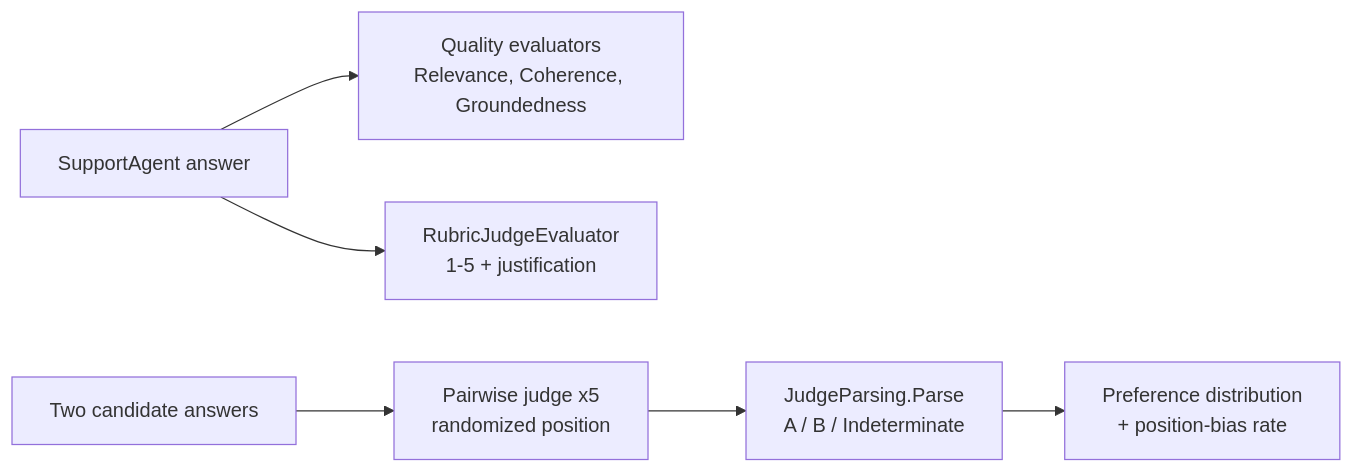
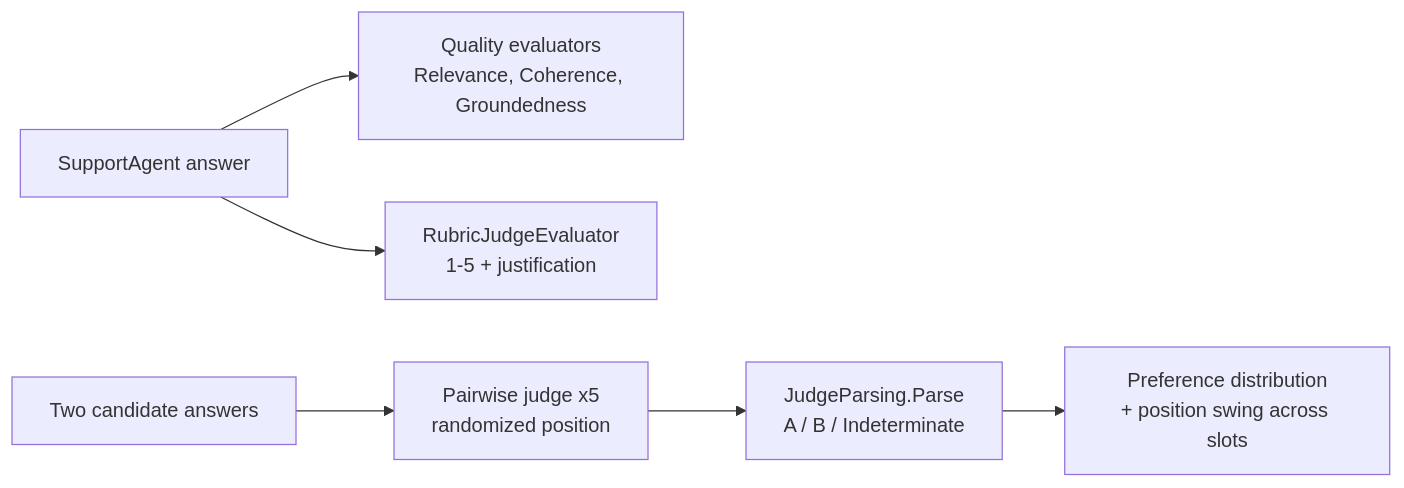
One commit to arst/agentic-patterns changed the diagram in PatternExplorer/patterns/LLMAsJudge.md. Above: the diagram before and after it, drawn with Mermaid. The commit also changed other lines of this file and 4 other files, not shown here.

First line of the commit message:
fix(judge): measure position bias per slot instead of folding the slot away

````diff
--- a/PatternExplorer/patterns/LLMAsJudge.md
+++ b/PatternExplorer/patterns/LLMAsJudge.md
@@ -69,8 +76,8 @@
 ```mermaid
 flowchart LR
     A[SupportAgent answer] --> E[Quality evaluators<br/>Relevance, Coherence, Groundedness]
     A --> R[RubricJudgeEvaluator<br/>1-5 + justification]
     P[Two candidate answers] --> J[Pairwise judge x5<br/>randomized position]
     J --> Parse[JudgeParsing.Parse<br/>A / B / Indeterminate]
-    Parse --> B[Preference distribution<br/>+ position-bias rate]
+    Parse --> B[Preference distribution<br/>+ position swing across slots]
 ```
````
